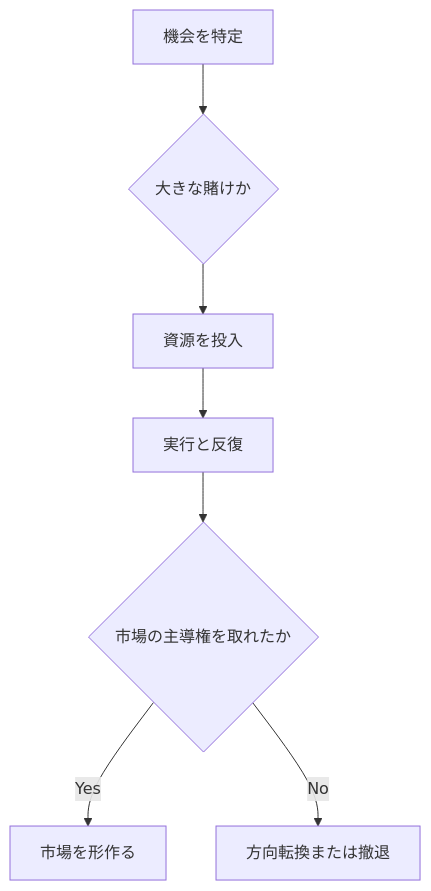
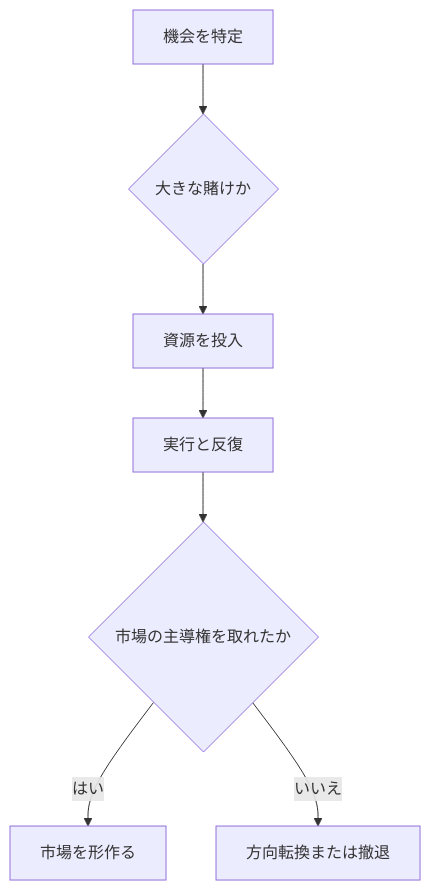
Before and after one commit to wardley-leadership-strategies-ja/wardley-leadership-strategies-ja.github.io: the diagram in docs/strategies/attacking/directed-investment/index.md, drawn with Mermaid. The commit also changed 142 other files, not shown here.

````diff
--- a/docs/strategies/attacking/directed-investment/index.md
+++ b/docs/strategies/attacking/directed-investment/index.md
@@ -75,9 +75,9 @@
 ```mermaid
 flowchart TD
   A[機会を特定] --> B{大きな賭けか}
   B --> C[資源を投入]
   C --> D[実行と反復]
   D --> E{市場の主導権を取れたか}
-  E -- Yes --> F[市場を形作る]
-  E -- No --> G[方向転換または撤退]
+  E -- はい --> F[市場を形作る]
+  E -- いいえ --> G[方向転換または撤退]
 ```
````
